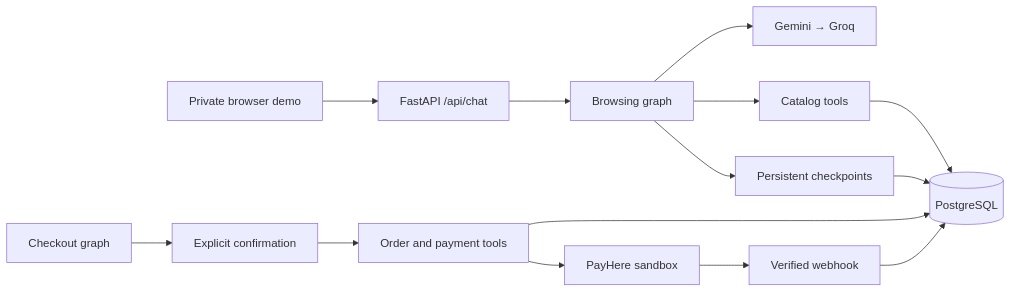
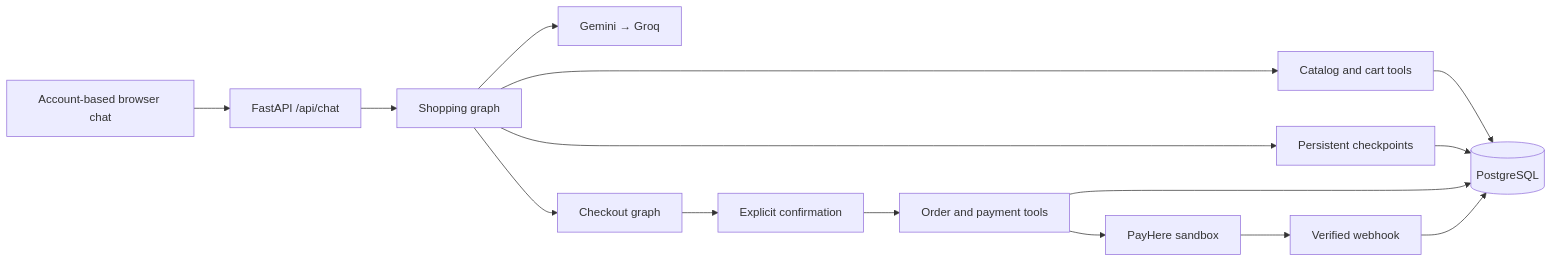
The diagram in readme.md (SLTDigitalLab/lifestore-agent), drawn with Mermaid before and after one commit. The commit also changed other lines of this file and 19 other files, not shown here.

Commit message:
Update shopping assistant with accounts and checkout

````diff
--- a/readme.md
+++ b/readme.md
@@ -73,16 +77,17 @@
 ```mermaid
 flowchart LR
-    UI[Private browser demo] --> API[FastAPI /api/chat]
-    API --> Browse[Browsing graph]
+    UI[Account-based browser chat] --> API[FastAPI /api/chat]
+    API --> Browse[Shopping graph]
     Browse --> Models[Gemini → Groq]
-    Browse --> Catalog[Catalog tools]
+    Browse --> Catalog[Catalog and cart tools]
     Catalog --> DB[(PostgreSQL)]
     Browse --> Memory[Persistent checkpoints]
     Memory --> DB
-    Checkout[Checkout graph] --> Confirm[Explicit confirmation]
+    Browse --> Checkout[Checkout graph]
+    Checkout --> Confirm[Explicit confirmation]
     Confirm --> Orders[Order and payment tools]
     Orders --> DB
     Orders --> PayHere[PayHere sandbox]
     PayHere --> Webhook[Verified webhook]
     Webhook --> DB
 ```
````
